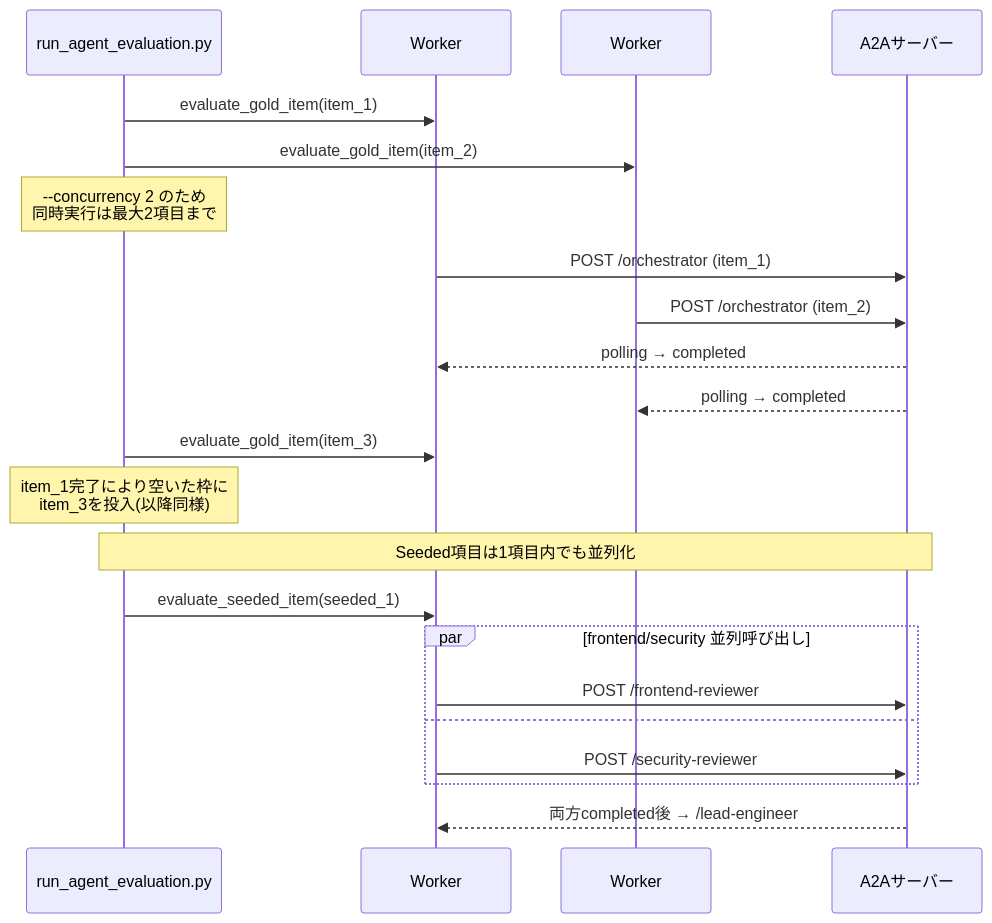
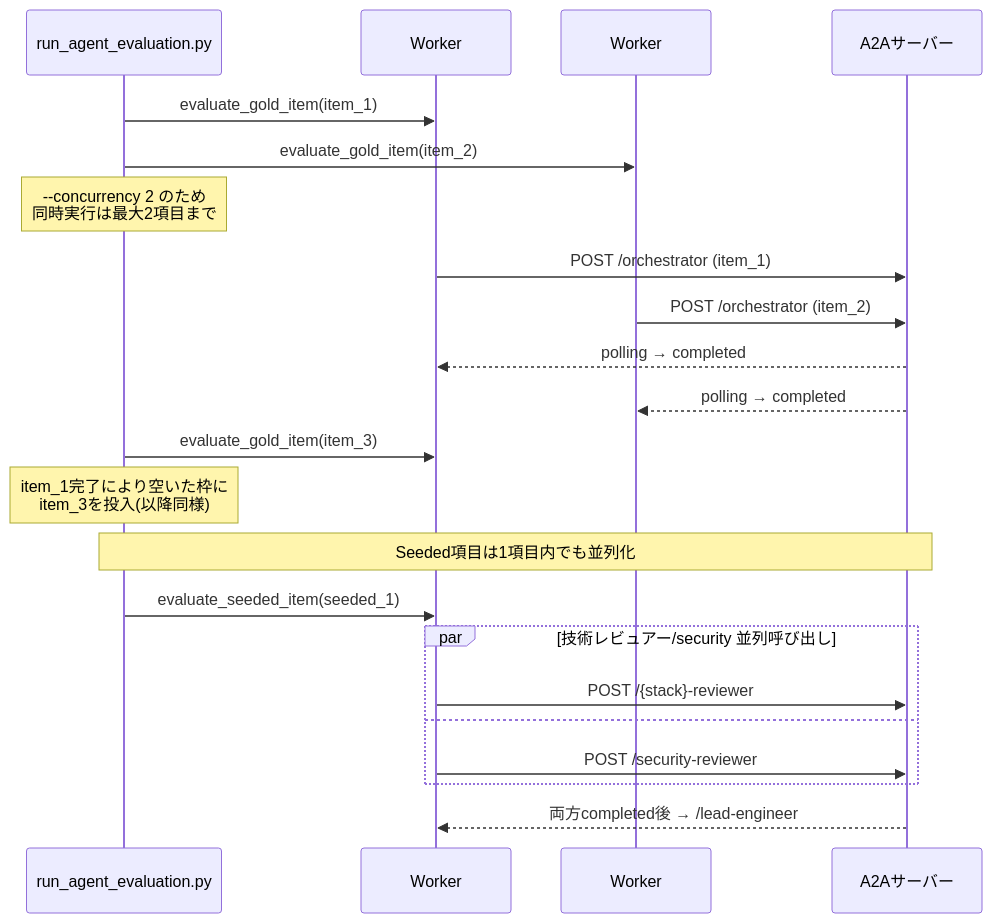
The second of 2 diagrams in docs/evaluation-pipeline-design.md (kuju63/code-review-agents), drawn with Mermaid before and after one commit. The commit also changed other lines of this file and 7 other files, not shown here.

Commit message:
docs: spec baseline for stack-specific Seeded reviewer routing (#181)

````diff
--- a/docs/evaluation-pipeline-design.md
+++ b/docs/evaluation-pipeline-design.md
@@ -149,26 +149,26 @@
 ```mermaid
 sequenceDiagram
     participant Runner as run_agent_evaluation.py
     participant W1 as Worker#1
     participant W2 as Worker#2
     participant A2A as A2Aサーバー
 
     Runner->>W1: evaluate_gold_item(item_1)
     Runner->>W2: evaluate_gold_item(item_2)
     Note over Runner: --concurrency 2 のため<br/>同時実行は最大2項目まで
     W1->>A2A: POST /orchestrator (item_1)
     W2->>A2A: POST /orchestrator (item_2)
     A2A-->>W1: polling → completed
     A2A-->>W2: polling → completed
     Runner->>W1: evaluate_gold_item(item_3)
     Note over Runner: item_1完了により空いた枠に<br/>item_3を投入(以降同様)
 
     Note over Runner,A2A: Seeded項目は1項目内でも並列化
     Runner->>W1: evaluate_seeded_item(seeded_1)
-    par frontend/security 並列呼び出し
-        W1->>A2A: POST /frontend-reviewer
+    par 技術レビュアー/security 並列呼び出し
+        W1->>A2A: POST /{stack}-reviewer
     and
         W1->>A2A: POST /security-reviewer
     end
     A2A-->>W1: 両方completed後 → /lead-engineer
 ```
````
